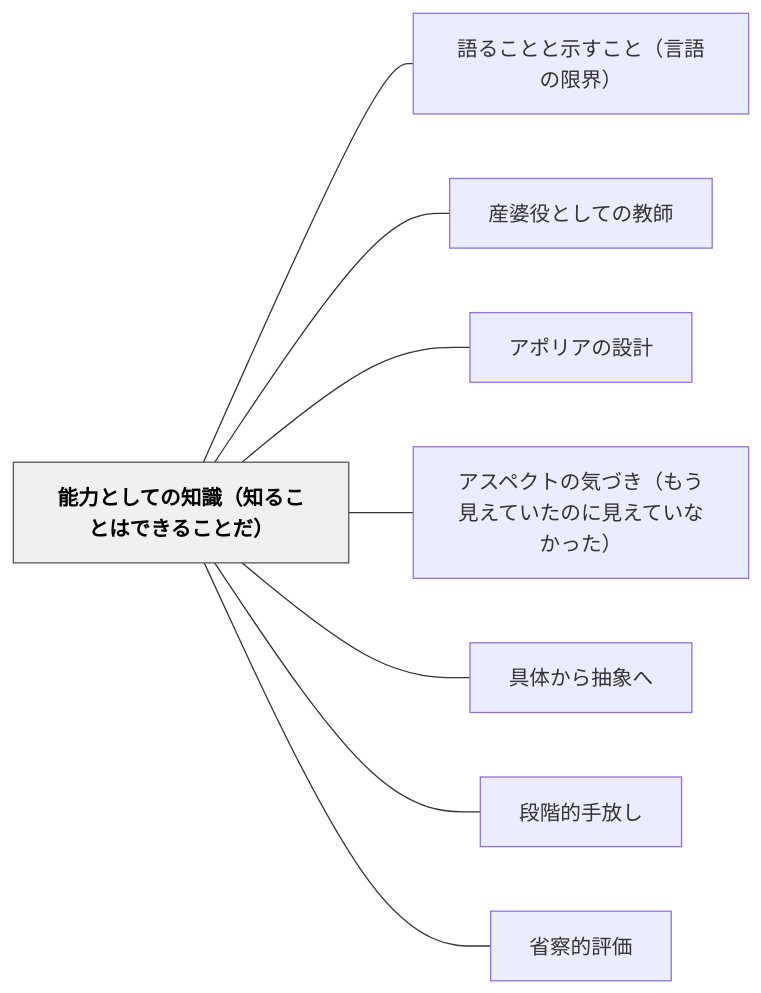
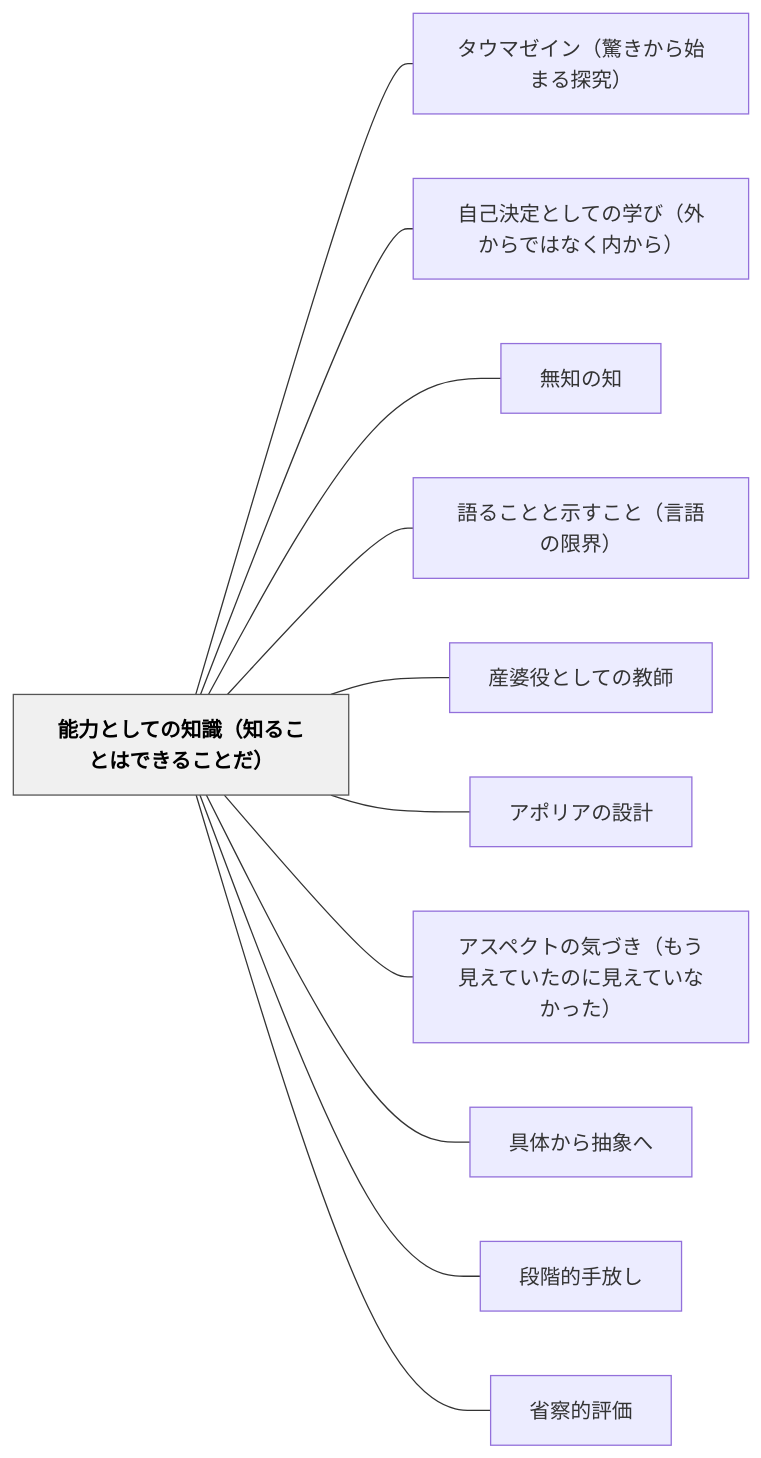
One commit to unknownthings-ed-patterns/unknownthings-ed-patterns changed the diagram in content/パタン/能力としての知識（知ることはできることだ）.md. Above: the diagram before and after it, drawn with Mermaid. The commit also changed other lines of this file and 185 other files, not shown here.

````diff
--- a/content/パタン/能力としての知識（知ることはできることだ）.md
+++ b/content/パタン/能力としての知識（知ることはできることだ）.md
@@ -140,22 +143,28 @@
 ```mermaid
 flowchart LR
     ne883bde58a9be381a8e38197e381a6e381aee79fa5e8ad98efbc88e79fa5e3828be38193e381a8e381afe381a7e3818de3828be38193e381a8e381a0efbc89["能力としての知識（知ることはできることだ）"]
+    ne382bfe382a6e3839ee382bce382a4e383b3efbc88e9a99ae3818de3818be38289e5a78be381bee3828be68ea2e7a9b6efbc89["タウマゼイン（驚きから始まる探究）"]
+    ne887aae5b7b1e6b1bae5ae9ae381a8e38197e381a6e381aee5ada6e381b3efbc88e5a496e3818be38289e381a7e381afe381aae3818fe58685e3818be38289efbc89["自己決定としての学び（外からではなく内から）"]
+    ne784a1e79fa5e381aee79fa5["無知の知"]
     ne8aa9ee3828be38193e381a8e381a8e7a4bae38199e38193e381a8efbc88e8a880e8aa9ee381aee99990e7958cefbc89["語ることと示すこと（言語の限界）"]
     ne794a3e5a986e5bdb9e381a8e38197e381a6e381aee69599e5b8ab["産婆役としての教師"]
     ne382a2e3839de383aae382a2e381aee8a8ade8a888["アポリアの設計"]
     ne382a2e382b9e3839ae382afe38388e381aee6b097e381a5e3818defbc88e38282e38186e8a68be38188e381a6e38184e3819fe381aee381abe8a68be38188e381a6e38184e381aae3818be381a3e3819fefbc89["アスペクトの気づき（もう見えていたのに見えていなかった）"]
     ne585b7e4bd93e3818be38289e68abde8b1a1e381b8["具体から抽象へ"]
     ne6aeb5e99a8ee79a84e6898be694bee38197["段階的手放し"]
     ne79c81e5af9fe79a84e8a995e4bea1["省察的評価"]
 
+    ne883bde58a9be381a8e38197e381a6e381aee79fa5e8ad98efbc88e79fa5e3828be38193e381a8e381afe381a7e3818de3828be38193e381a8e381a0efbc89 --- ne382bfe382a6e3839ee382bce382a4e383b3efbc88e9a99ae3818de3818be38289e5a78be381bee3828be68ea2e7a9b6efbc89
+    ne883bde58a9be381a8e38197e381a6e381aee79fa5e8ad98efbc88e79fa5e3828be38193e381a8e381afe381a7e3818de3828be38193e381a8e381a0efbc89 --- ne887aae5b7b1e6b1bae5ae9ae381a8e38197e381a6e381aee5ada6e381b3efbc88e5a496e3818be38289e381a7e381afe381aae3818fe58685e3818be38289efbc89
+    ne883bde58a9be381a8e38197e381a6e381aee79fa5e8ad98efbc88e79fa5e3828be38193e381a8e381afe381a7e3818de3828be38193e381a8e381a0efbc89 --- ne784a1e79fa5e381aee79fa5
     ne883bde58a9be381a8e38197e381a6e381aee79fa5e8ad98efbc88e79fa5e3828be38193e381a8e381afe381a7e3818de3828be38193e381a8e381a0efbc89 --- ne8aa9ee3828be38193e381a8e381a8e7a4bae38199e38193e381a8efbc88e8a880e8aa9ee381aee99990e7958cefbc89
     ne883bde58a9be381a8e38197e381a6e381aee79fa5e8ad98efbc88e79fa5e3828be38193e381a8e381afe381a7e3818de3828be38193e381a8e381a0efbc89 --- ne794a3e5a986e5bdb9e381a8e38197e381a6e381aee69599e5b8ab
     ne883bde58a9be381a8e38197e381a6e381aee79fa5e8ad98efbc88e79fa5e3828be38193e381a8e381afe381a7e3818de3828be38193e381a8e381a0efbc89 --- ne382a2e3839de383aae382a2e381aee8a8ade8a888
     ne883bde58a9be381a8e38197e381a6e381aee79fa5e8ad98efbc88e79fa5e3828be38193e381a8e381afe381a7e3818de3828be38193e381a8e381a0efbc89 --- ne382a2e382b9e3839ae382afe38388e381aee6b097e381a5e3818defbc88e38282e38186e8a68be38188e381a6e38184e3819fe381aee381abe8a68be38188e381a6e38184e381aae3818be381a3e3819fefbc89
     ne883bde58a9be381a8e38197e381a6e381aee79fa5e8ad98efbc88e79fa5e3828be38193e381a8e381afe381a7e3818de3828be38193e381a8e381a0efbc89 --- ne585b7e4bd93e3818be38289e68abde8b1a1e381b8
     ne883bde58a9be381a8e38197e381a6e381aee79fa5e8ad98efbc88e79fa5e3828be38193e381a8e381afe381a7e3818de3828be38193e381a8e381a0efbc89 --- ne6aeb5e99a8ee79a84e6898be694bee38197
     ne883bde58a9be381a8e38197e381a6e381aee79fa5e8ad98efbc88e79fa5e3828be38193e381a8e381afe381a7e3818de3828be38193e381a8e381a0efbc89 --- ne79c81e5af9fe79a84e8a995e4bea1
 
     classDef hub fill:#f0f0f0,stroke:#555,color:#000,font-weight:bold
     class ne883bde58a9be381a8e38197e381a6e381aee79fa5e8ad98efbc88e79fa5e3828be38193e381a8e381afe381a7e3818de3828be38193e381a8e381a0efbc89 hub
 ```
````
